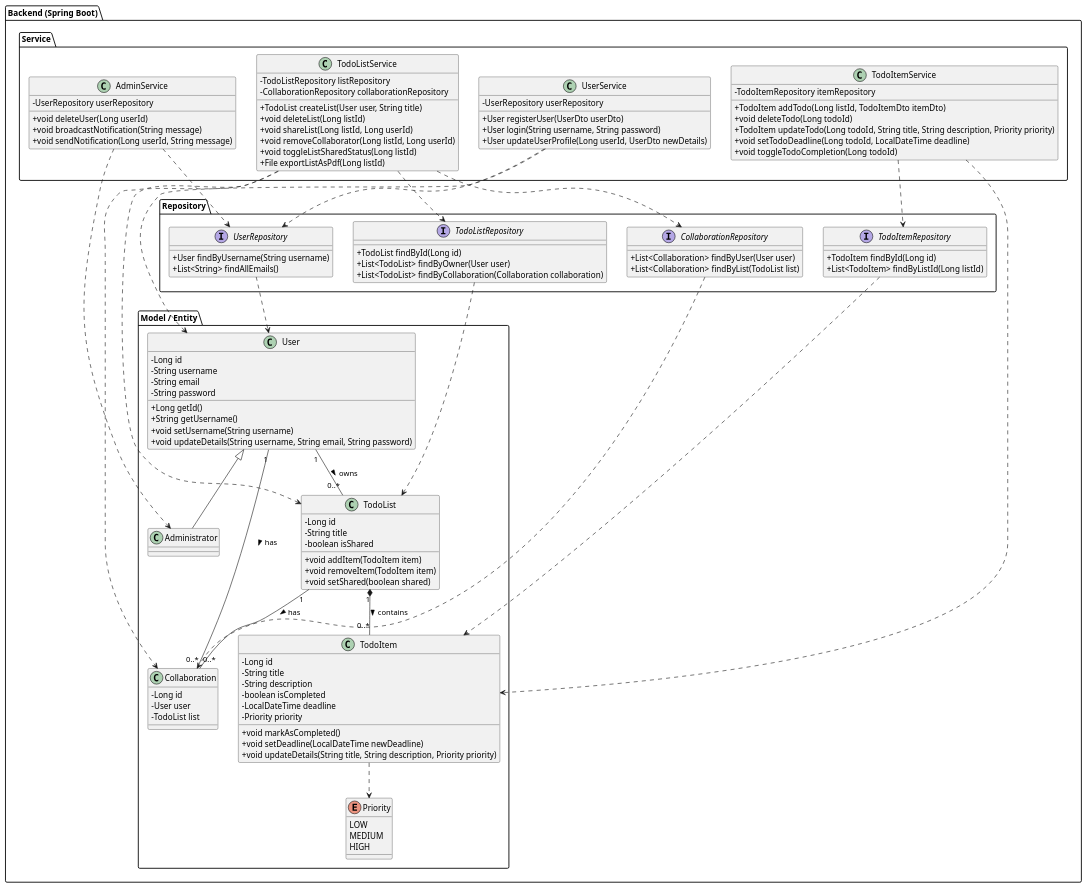
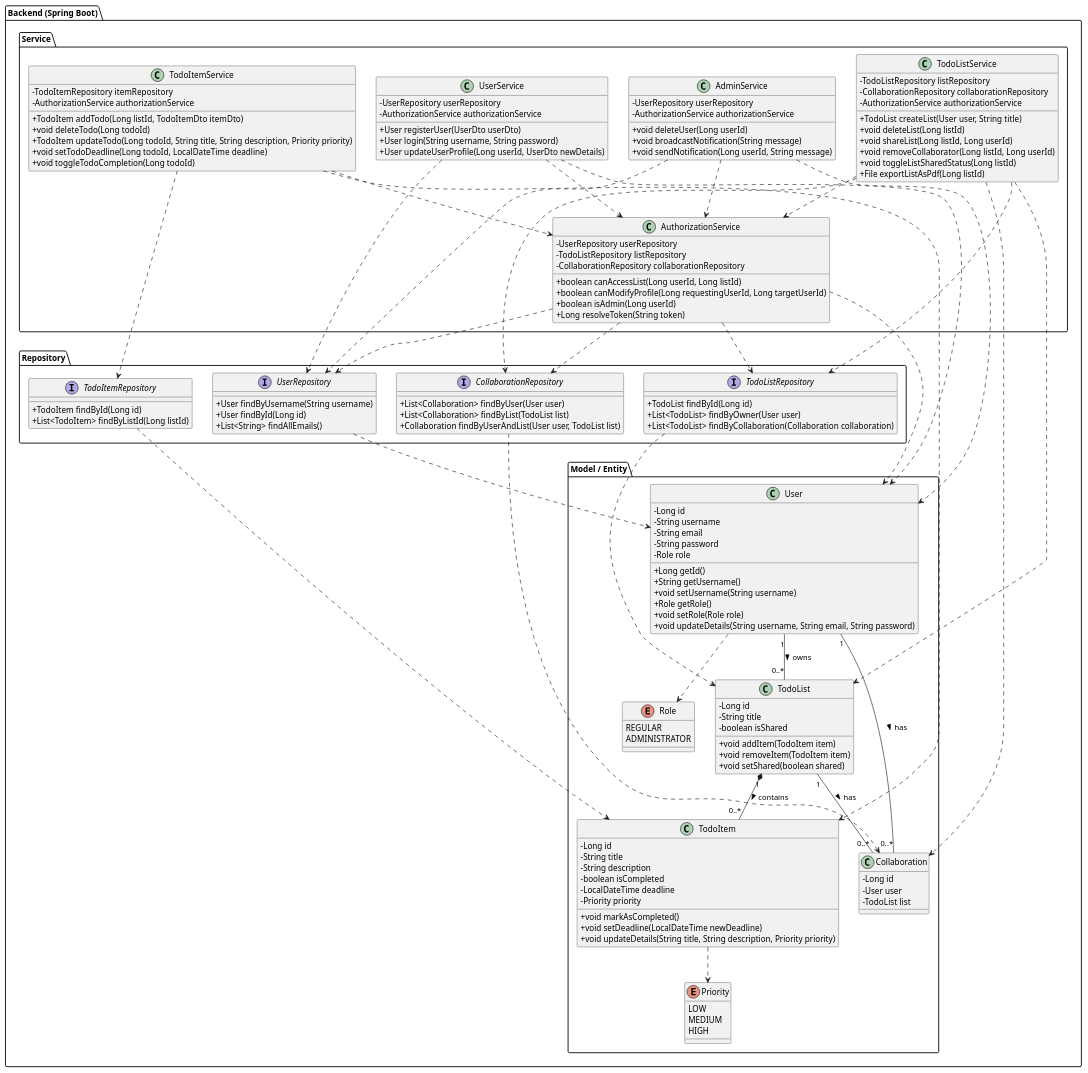
Before and after one commit to PAKO25/ris_todo: the diagram in class_diagram.puml, drawn with PlantUML.

Commit message:
dodan authservice

```diff
--- a/class_diagram.puml
+++ b/class_diagram.puml
@@ -1,152 +1,182 @@
 @startuml
 
 skinparam classAttributeIconSize 0
 
 package "Backend (Spring Boot)" {
 
     package "Model / Entity" {
         class User {
             - Long id
             - String username
             - String email
             - String password
+            - Role role
             + Long getId()
             + String getUsername()
             + void setUsername(String username)
+            + Role getRole()
+            + void setRole(Role role)
             + void updateDetails(String username, String email, String password)
         }
 
-        class Administrator {
+        enum Role {
+            REGULAR
+            ADMINISTRATOR
         }
 
         class TodoList {
             - Long id
             - String title
             - boolean isShared
             + void addItem(TodoItem item)
             + void removeItem(TodoItem item)
             + void setShared(boolean shared)
         }
         
         class Collaboration {
             - Long id
             - User user
             - TodoList list
         }
 
         class TodoItem {
             - Long id
             - String title
             - String description
             - boolean isCompleted
             - LocalDateTime deadline
             - Priority priority
             + void markAsCompleted()
             + void setDeadline(LocalDateTime newDeadline)
             + void updateDetails(String title, String description, Priority priority)
         }
         
         enum Priority {
             LOW
             MEDIUM
             HIGH
         }
     }
 
     package "Repository" {
         interface UserRepository {
             + User findByUsername(String username)
+            + User findById(Long id)
             + List<String> findAllEmails()
         }
 
         interface TodoListRepository {
             + TodoList findById(Long id)
             + List<TodoList> findByOwner(User user)
             + List<TodoList> findByCollaboration(Collaboration collaboration)
         }
         
         interface CollaborationRepository {
             + List<Collaboration> findByUser(User user)
             + List<Collaboration> findByList(TodoList list)
+            + Collaboration findByUserAndList(User user, TodoList list)
         }
 
         interface TodoItemRepository {
             + TodoItem findById(Long id)
             + List<TodoItem> findByListId(Long listId)
         }
     }
 
     package "Service" {
+        class AuthorizationService {
+            - UserRepository userRepository
+            - TodoListRepository listRepository
+            - CollaborationRepository collaborationRepository
+            + boolean canAccessList(Long userId, Long listId)
+            + boolean canModifyProfile(Long requestingUserId, Long targetUserId)
+            + boolean isAdmin(Long userId)
+            + Long resolveToken(String token)
+        }
+
         class UserService {
             - UserRepository userRepository
+            - AuthorizationService authorizationService
             + User registerUser(UserDto userDto)
             + User login(String username, String password)
             + User updateUserProfile(Long userId, UserDto newDetails)
         }
         
         class AdminService {
             - UserRepository userRepository
+            - AuthorizationService authorizationService
             + void deleteUser(Long userId)
             + void broadcastNotification(String message)
             + void sendNotification(Long userId, String message)
         }
 
         class TodoListService {
             - TodoListRepository listRepository
             - CollaborationRepository collaborationRepository
+            - AuthorizationService authorizationService
             + TodoList createList(User user, String title)
             + void deleteList(Long listId)
             + void shareList(Long listId, Long userId)
             + void removeCollaborator(Long listId, Long userId)
             + void toggleListSharedStatus(Long listId)
             + File exportListAsPdf(Long listId)
         }
         
         class TodoItemService {
             - TodoItemRepository itemRepository
+            - AuthorizationService authorizationService
             + TodoItem addTodo(Long listId, TodoItemDto itemDto)
             + void deleteTodo(Long todoId)
             + TodoItem updateTodo(Long todoId, String title, String description, Priority priority)
             + void setTodoDeadline(Long todoId, LocalDateTime deadline)
             + void toggleTodoCompletion(Long todoId)
         }
     }
 }
-
-' Inheritance (Generalization)
-User <|-- Administrator
 
 ' Relationships
 User "1" -- "0..*" TodoList : owns >
 User "1" -- "0..*" Collaboration : has >
 TodoList "1" -- "0..*" Collaboration : has >
 
 ' Composition (Strong ownership)
 TodoList "1" *-- "0..*" TodoItem : contains >
 
 ' Enum usage
 TodoItem ..> Priority
+User ..> Role
+
+' AuthorizationService Dependencies
+AuthorizationService ..> UserRepository
+AuthorizationService ..> TodoListRepository
+AuthorizationService ..> CollaborationRepository
+AuthorizationService ..> User
 
 ' Service Layer Dependencies
 UserService ..> UserRepository
+UserService ..> AuthorizationService
+
 AdminService ..> UserRepository
+AdminService ..> AuthorizationService
 
 TodoListService ..> TodoListRepository
 TodoListService ..> CollaborationRepository
+TodoListService ..> AuthorizationService
 
 TodoItemService ..> TodoItemRepository
+TodoItemService ..> AuthorizationService
 
 ' Services use Entities
 UserService ..> User
-AdminService ..> Administrator
+AdminService ..> User
 TodoListService ..> TodoList
 TodoListService ..> Collaboration
 TodoItemService ..> TodoItem
 
 ' Repository to Entity
 UserRepository ..> User
 TodoListRepository ..> TodoList
 CollaborationRepository ..> Collaboration
 TodoItemRepository ..> TodoItem
 
 @enduml
```
